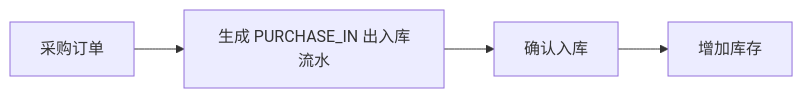
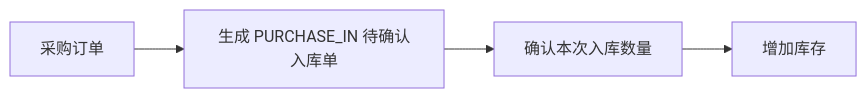
Before and after one commit to LI-S-H/qiheng-erp: the second of 3 diagrams in docs/erp-core-architecture-thinking.md, drawn with Mermaid. The commit also changed other lines of this file and 74 other files, not shown here.

````diff
--- a/docs/erp-core-architecture-thinking.md
+++ b/docs/erp-core-architecture-thinking.md
@@ -152,6 +152,6 @@
 ```mermaid
 flowchart LR
-    A["采购订单"] --> B["生成 PURCHASE_IN 出入库流水"]
-    B --> C["确认入库"]
+    A["采购订单"] --> B["生成 PURCHASE_IN 待确认入库单"]
+    B --> C["确认本次入库数量"]
     C --> D["增加库存"]
 ```
````
